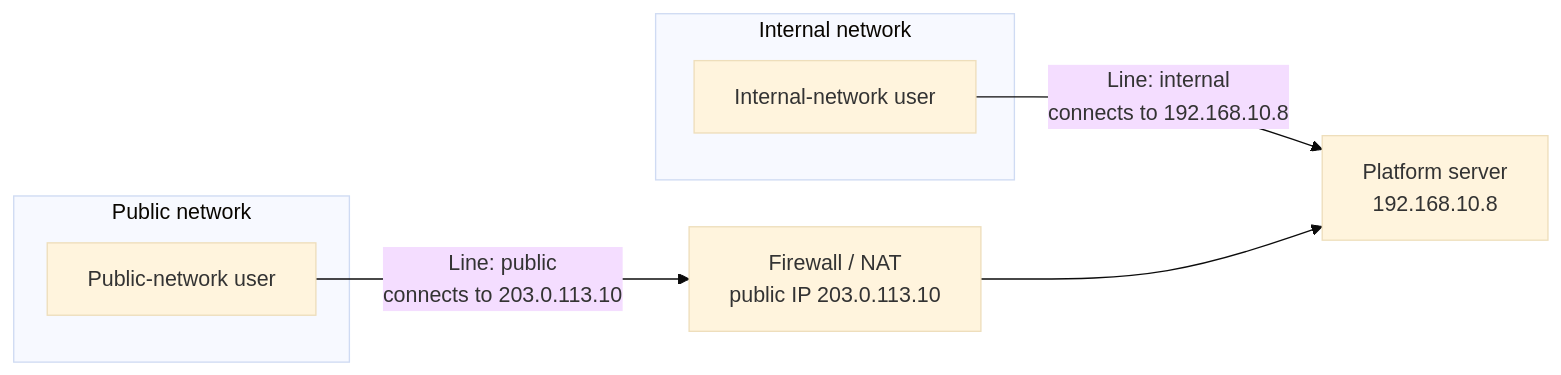
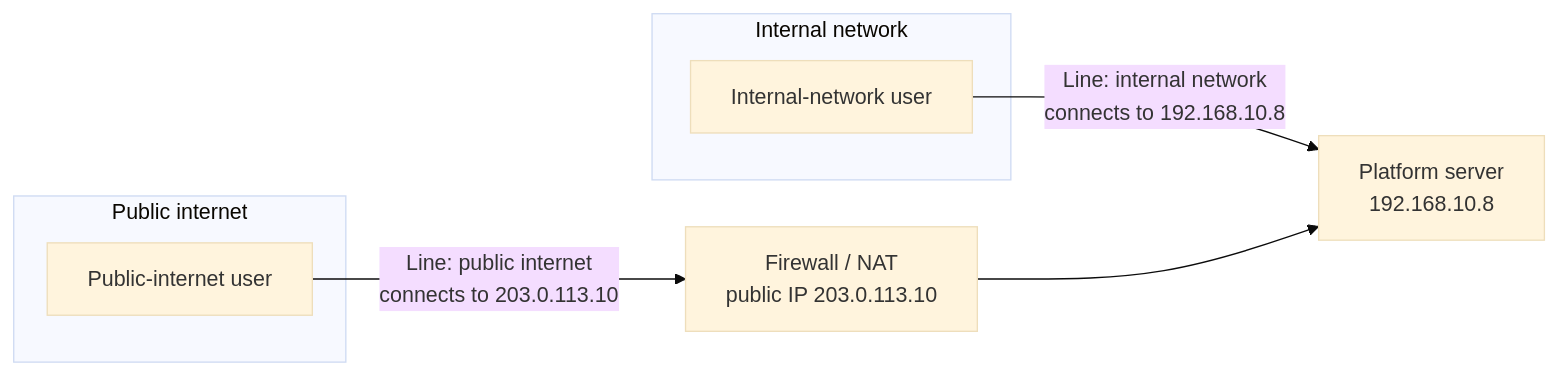
The diagram in en/product/deploy/networks.md (seastart/stmlink-docs), drawn with Mermaid (base theme) before and after one commit. The commit also changed other lines of this file and 15 other files, not shown here.

````diff
--- a/en/product/deploy/networks.md
+++ b/en/product/deploy/networks.md
@@ -16,15 +16,15 @@
 ```mermaid
 flowchart LR
     subgraph IN["Internal network"]
         U1["Internal-network user"]
     end
-    subgraph OUT["Public network"]
-        U2["Public-network user"]
+    subgraph OUT["Public internet"]
+        U2["Public-internet user"]
     end
     FW["Firewall / NAT<br/>public IP 203.0.113.10"]
     P["Platform server<br/>192.168.10.8"]
 
-    U1 -- "Line: internal<br/>connects to 192.168.10.8" --> P
-    U2 -- "Line: public<br/>connects to 203.0.113.10" --> FW
+    U1 -- "Line: internal network<br/>connects to 192.168.10.8" --> P
+    U2 -- "Line: public internet<br/>connects to 203.0.113.10" --> FW
     FW --> P
 ```
````
